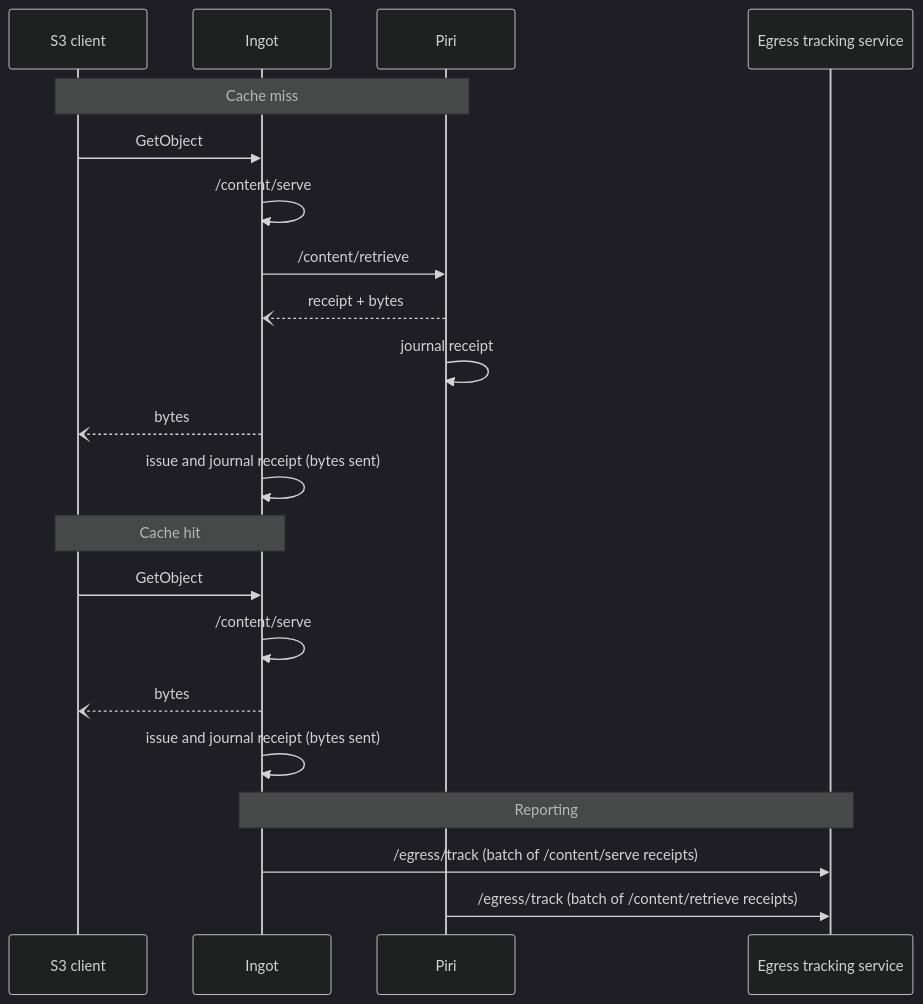
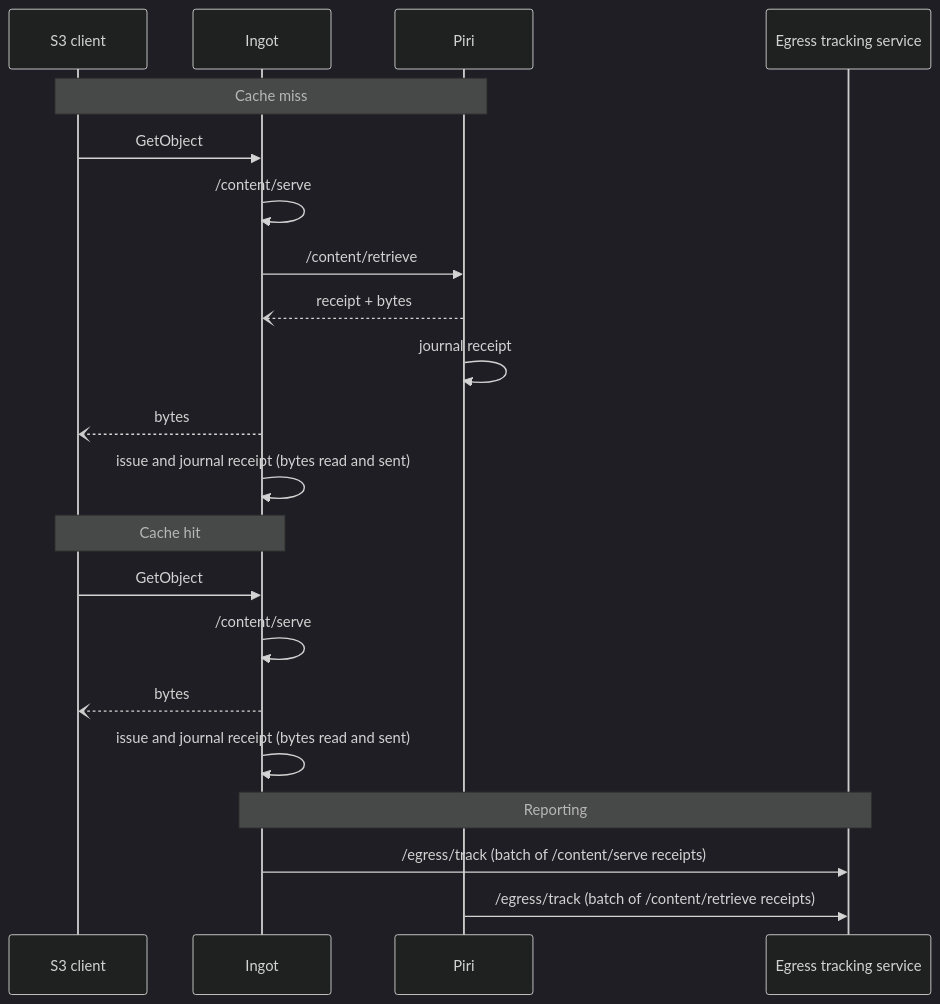
One commit to fil-one/RFC changed the diagram in rfcs/2026-11-ingot-egress-tracking.md. Above: the diagram before and after it, drawn with Mermaid (dark theme). The commit also changed other lines of this file, not shown here.

Commit message:
rfc: give the /content/serve receipt read and sent counts

````diff
--- a/rfcs/2026-11-ingot-egress-tracking.md
+++ b/rfcs/2026-11-ingot-egress-tracking.md
@@ -31,26 +31,26 @@
 ```mermaid
 sequenceDiagram
     participant Client as S3 client
     participant Ingot
     participant Piri
     participant Tracker as Egress tracking service
 
     Note over Client,Piri: Cache miss
     Client->>Ingot: GetObject
     Ingot->>Ingot: /content/serve
     Ingot->>Piri: /content/retrieve
     Piri--)Ingot: receipt + bytes
     Piri->>Piri: journal receipt
     Ingot--)Client: bytes
-    Ingot->>Ingot: issue and journal receipt (bytes sent)
+    Ingot->>Ingot: issue and journal receipt (bytes read and sent)
 
     Note over Client,Ingot: Cache hit
     Client->>Ingot: GetObject
     Ingot->>Ingot: /content/serve
     Ingot--)Client: bytes
-    Ingot->>Ingot: issue and journal receipt (bytes sent)
+    Ingot->>Ingot: issue and journal receipt (bytes read and sent)
 
     Note over Ingot,Tracker: Reporting
     Ingot->>Tracker: /egress/track (batch of /content/serve receipts)
     Piri->>Tracker: /egress/track (batch of /content/retrieve receipts)
 ```
````
